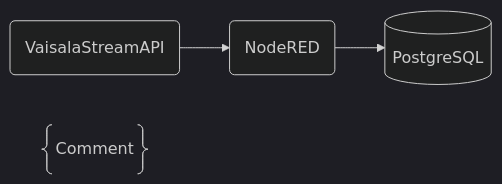
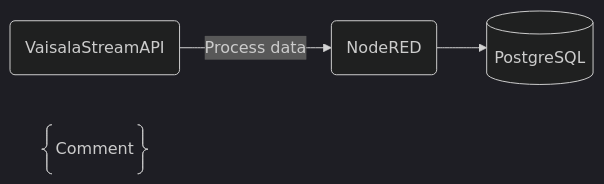
One commit to jonss0777/DIY_Sensor changed the first of 2 diagrams in README.md. Above: the diagram before and after it, drawn with Mermaid (dark theme).

````diff
--- a/README.md
+++ b/README.md
@@ -5,7 +5,8 @@
 ```mermaid
 graph LR;
-  id1(VaisalaStreamAPI) --> id2(NodeRED);   A@{ shape: braces, label: "Comment" }
+  id1(VaisalaStreamAPI) --> |Process data|id2(NodeRED);   A@{ shape: braces, label: "Comment" }
   id2 --> id3[(PostgreSQL)];
+  
 
 
 ```
````
